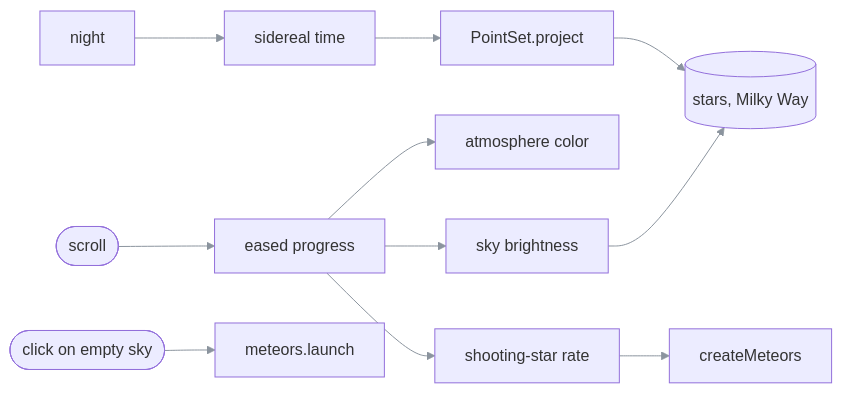
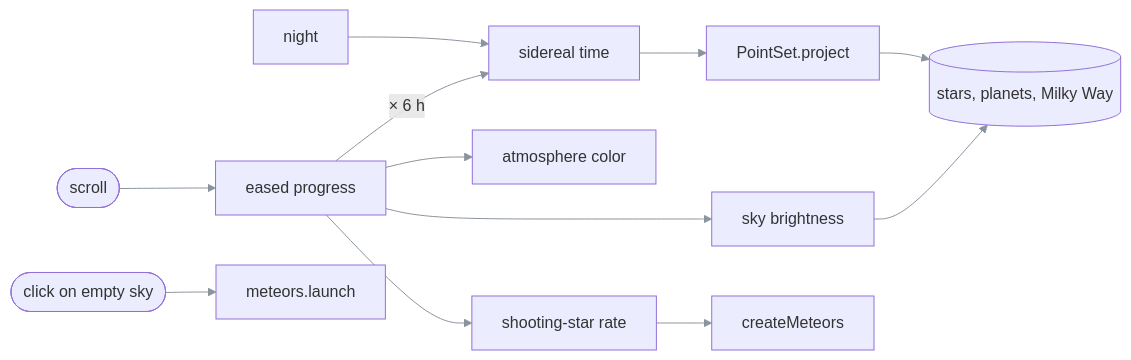
Before and after one commit to EzzoHamdan/EzzoHamdan.github.io: the second of 2 diagrams in README.md, drawn with Mermaid. The commit also changed other lines of this file, not shown here.

Commit message:
Document the turning dome and calmer shooting stars

````diff
--- a/README.md
+++ b/README.md
@@ -115,12 +117,13 @@
 ```mermaid
 %%{init: {'themeVariables': {'fontFamily': 'ui-monospace, SFMono-Regular, Menlo, monospace', 'lineColor': '#8b949e'}}}%%
 flowchart LR
-  night[night] --> lst[sidereal time] --> project[PointSet.project] --> sky[(stars, Milky Way)]
+  night[night] --> lst[sidereal time] --> project[PointSet.project] --> sky[(stars, planets, Milky Way)]
   scroll([scroll]) --> progress[eased progress]
+  progress -- "× 6 h" --> lst
   progress --> air[atmosphere color]
   progress --> dim[sky brightness]
   click([click on empty sky]) --> wish[meteors.launch]
   progress --> rate[shooting-star rate]
   dim --> sky
   rate --> meteors[createMeteors]
 ```
````
